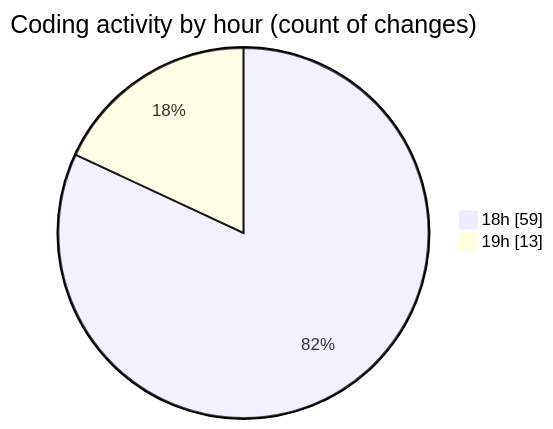
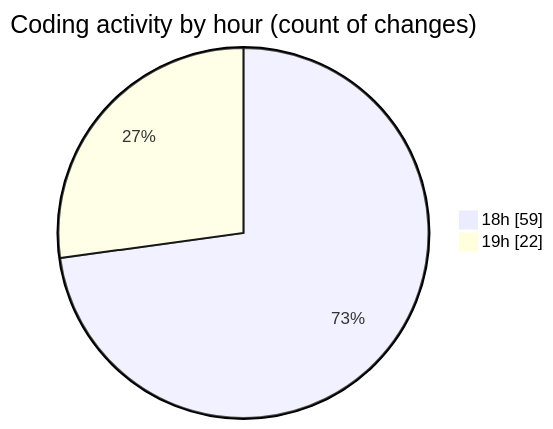
Before and after one commit to Netris89/code-tracking: the second of 2 diagrams in 2025-04-02/back-end/README.md, drawn with Mermaid. The commit also changed other lines of this file and 1 other file, not shown here.

````diff
--- a/2025-04-02/back-end/README.md
+++ b/2025-04-02/back-end/README.md
@@ -29,6 +29,6 @@
 ```mermaid
 pie showData
 title Coding activity by hour (count of changes)
 "18h" : 59
-"19h" : 13
+"19h" : 22
 ```
````
